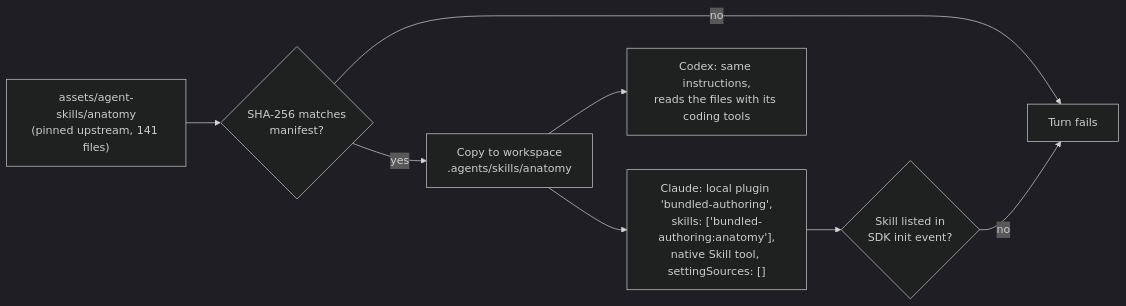
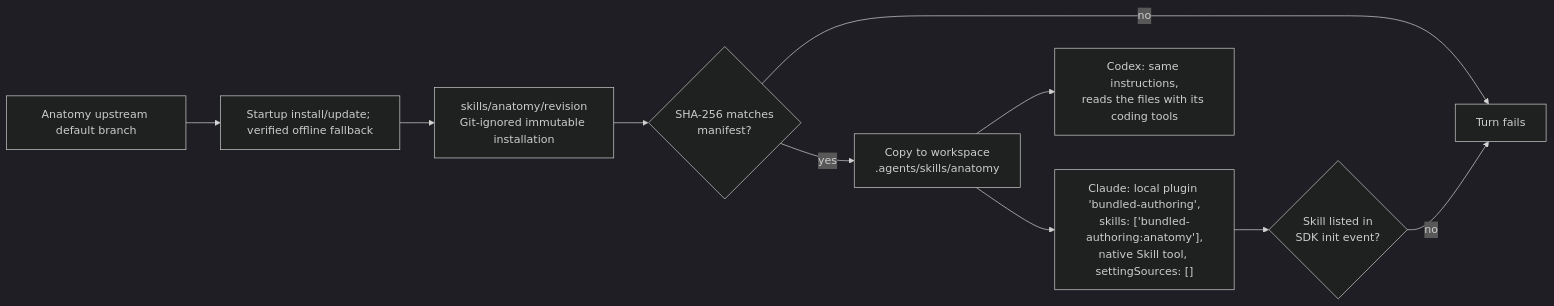
The fourth of 4 diagrams in docs/architecture.md (delexw/kiteva), drawn with Mermaid (dark theme) before and after one commit. The commit also changed other lines of this file and 295 other files, not shown here.

````diff
--- a/docs/architecture.md
+++ b/docs/architecture.md
@@ -213,10 +213,12 @@
 ```mermaid
 flowchart LR
-  Bundle["assets/agent-skills/anatomy<br/>(pinned upstream, 141 files)"] --> Hash{"SHA-256 matches<br/>manifest?"}
+  Upstream["Anatomy upstream default branch"] --> Startup["Startup install/update; verified offline fallback"]
+  Startup --> Bundle["skills/anatomy/revision<br/>Git-ignored immutable installation"]
+  Bundle --> Hash{"SHA-256 matches<br/>manifest?"}
   Hash -- no --> Stop["Turn fails"]
   Hash -- yes --> Copy["Copy to workspace<br/>.agents/skills/anatomy"]
   Copy --> ClaudeP["Claude: local plugin 'bundled-authoring',<br/>skills: ['bundled-authoring:anatomy'],<br/>native Skill tool, settingSources: []"]
   Copy --> CodexP["Codex: same instructions,<br/>reads the files with its coding tools"]
   ClaudeP --> Verify{"Skill listed in<br/>SDK init event?"}
   Verify -- no --> Stop
 ```
````
